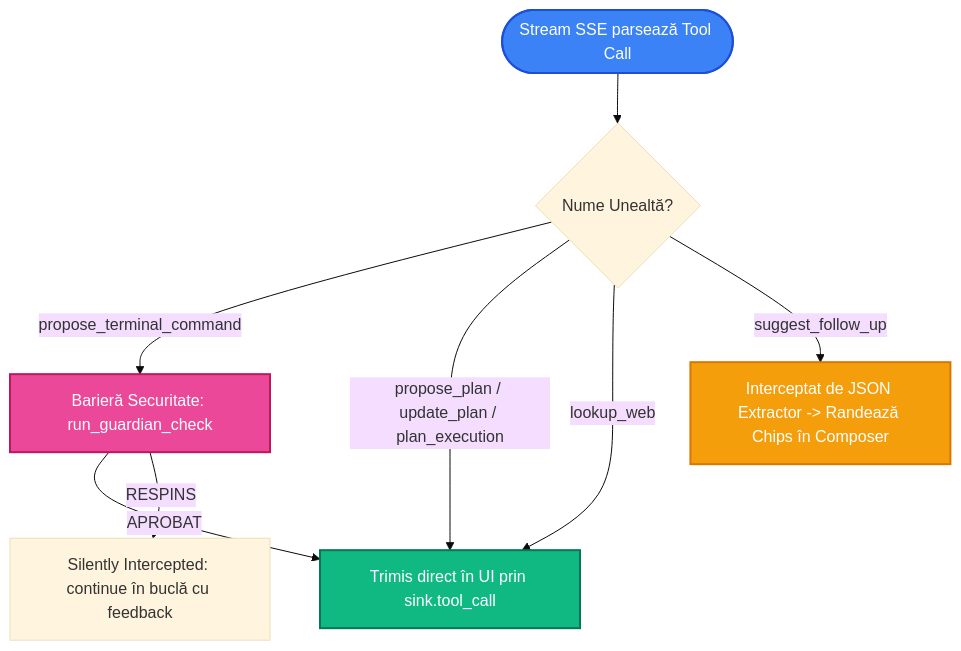
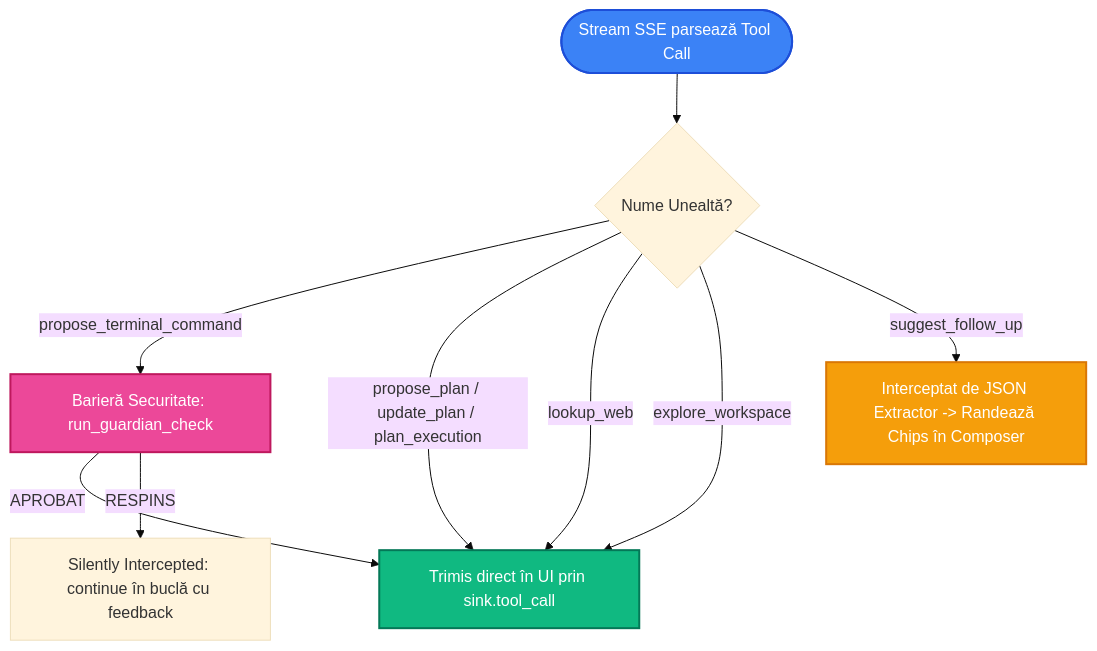
The diagram in src-tauri/src/ai/agent/tools_lifecycle.md (AdrianTuci1/new-octo), drawn with Mermaid (base theme) before and after one commit. The commit also changed other lines of this file and 35 other files, not shown here.

````diff
--- a/src-tauri/src/ai/agent/tools_lifecycle.md
+++ b/src-tauri/src/ai/agent/tools_lifecycle.md
@@ -26,22 +27,23 @@
 ```mermaid
 graph TD
     %% Stiluri
     style StreamNode fill:#3b82f6,stroke:#1d4ed8,stroke-width:2px,color:#fff
     style GuardianSec fill:#ec4899,stroke:#be185d,stroke-width:2px,color:#fff
     style FrontendNormal fill:#10b981,stroke:#047857,stroke-width:2px,color:#fff
     style MetadataOnly fill:#f59e0b,stroke:#d97706,stroke-width:2px,color:#fff
 
     StreamNode([Stream SSE parsează Tool Call]) --> ToolName{Nume Unealtă?}
 
     %% Calea 1: Terminal
     ToolName -->|propose_terminal_command| GuardianSec[Barieră Securitate: run_guardian_check]
     GuardianSec -->|APROBAT| FrontendNormal[Trimis direct în UI prin sink.tool_call]
     GuardianSec -->|RESPINS| SilentReject[Silently Intercepted: continue în buclă cu feedback]
 
     %% Calea 2: Planificare & Web
     ToolName -->|propose_plan / update_plan / plan_execution| FrontendNormal
     ToolName -->|lookup_web| FrontendNormal
+    ToolName -->|explore_workspace| FrontendNormal
 
     %% Calea 3: Metadata
     ToolName -->|suggest_follow_up| MetadataOnly[Interceptat de JSON Extractor -> Randează Chips în Composer]
 ```
````
